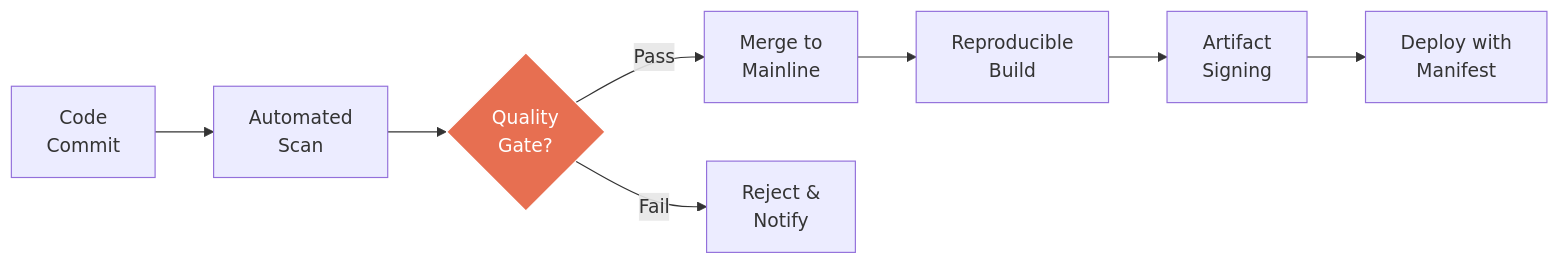
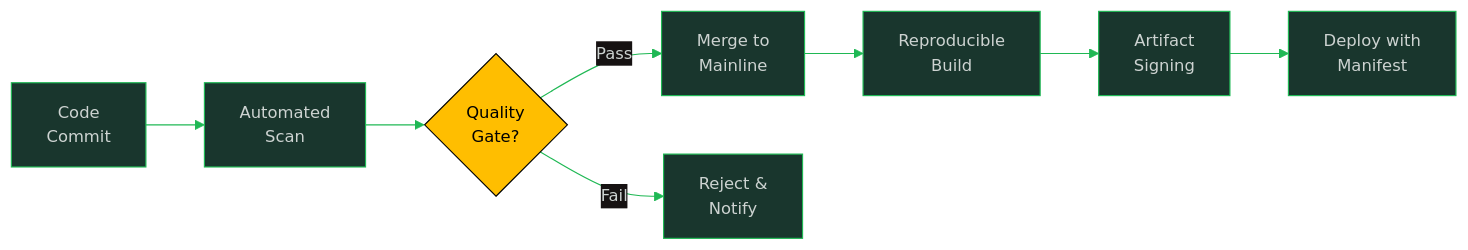
The fifth of 5 diagrams in software-engineering-note/08_Software_Configuration_Management/08_Configuration_Auditing.md (oat431/swe-knowledge), drawn with Mermaid before and after one commit. The commit also changed other lines of this file and 13 other files, not shown here.

````diff
--- a/software-engineering-note/08_Software_Configuration_Management/08_Configuration_Auditing.md
+++ b/software-engineering-note/08_Software_Configuration_Management/08_Configuration_Auditing.md
@@ -400,12 +404,13 @@
 ```mermaid
+%%{init: {'theme':'base','themeVariables':{'primaryColor':'#19362D','primaryTextColor':'#CDD3D1','primaryBorderColor':'#1FB854','lineColor':'#1FB854','secondaryColor':'#161212','tertiaryColor':'#1B1717','background':'#1B1717','mainBkg':'#19362D','nodeBorder':'#1FB854','clusterBkg':'#161212','clusterBorder':'#19362D','titleColor':'#1FB854','edgeLabelBackground':'#161212','fontSize':'14px'}}}%%
 graph LR
     COMMIT["Code<br/>Commit"] --> SCAN["Automated<br/>Scan"]
     SCAN --> GATE{Quality<br/>Gate?}
     GATE -->|Pass| MERGE["Merge to<br/>Mainline"]
     GATE -->|Fail| REJECT["Reject &<br/>Notify"]
     MERGE --> BUILD["Reproducible<br/>Build"]
     BUILD --> SIGN["Artifact<br/>Signing"]
     SIGN --> DEPLOY["Deploy with<br/>Manifest"]
 
-    style GATE fill:#e76f51,stroke:#fff,color:#fff
+    style GATE fill:#FFBE00,stroke:#000000,color:#000000
 ```
````
